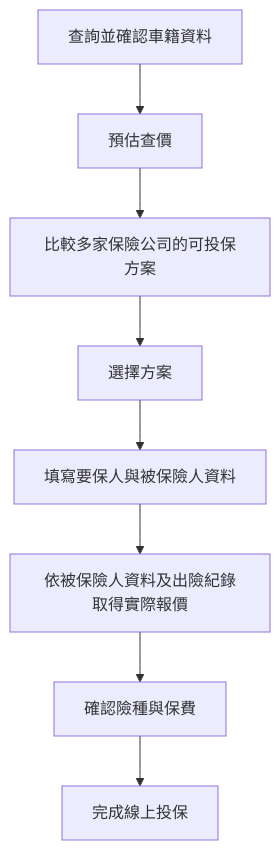
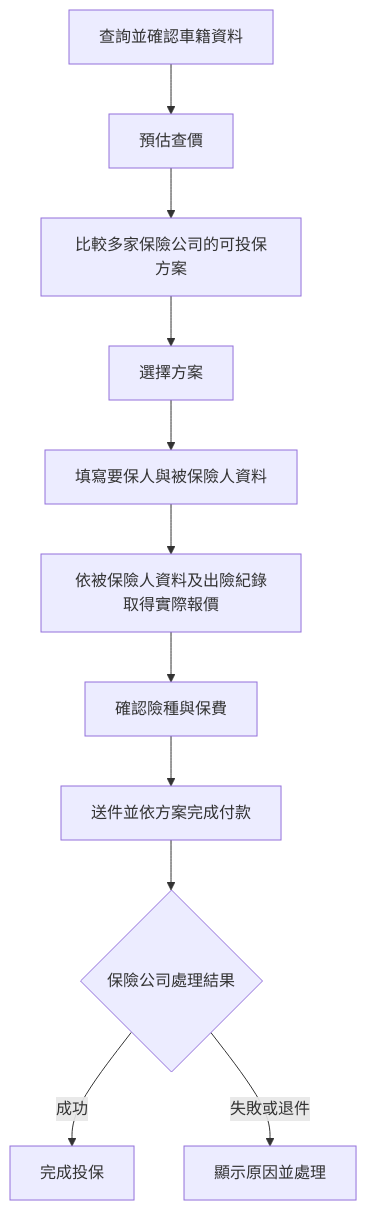
One commit to highhao/insurance-saas-platform changed the first of 3 diagrams in README.md. Above: the diagram before and after it, drawn with Mermaid. The commit also changed other lines of this file, not shown here.

````diff
--- a/README.md
+++ b/README.md
@@ -13,10 +13,13 @@
 ```mermaid
 flowchart TB
     A[查詢並確認車籍資料] --> B[預估查價]
     B --> C[比較多家保險公司的可投保方案]
     C --> D[選擇方案]
     D --> E[填寫要保人與被保險人資料]
     E --> F[依被保險人資料及出險紀錄取得實際報價]
     F --> G[確認險種與保費]
-    G --> H[完成線上投保]
+    G --> H[送件並依方案完成付款]
+    H --> I{保險公司處理結果}
+    I -->|成功| J[完成投保]
+    I -->|失敗或退件| K[顯示原因並處理]
 ```
````
